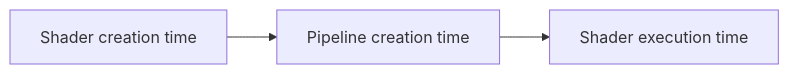
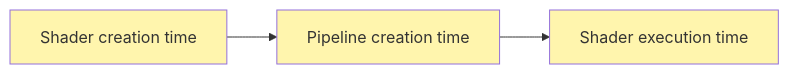
Before and after one commit to google/tour-of-wgsl: the first of 2 diagrams in content/expressions/evaluation-stage/overview/_index.md, drawn with Mermaid. The commit also changed other lines of this file, not shown here.

````diff
--- a/content/expressions/evaluation-stage/overview/_index.md
+++ b/content/expressions/evaluation-stage/overview/_index.md
@@ -7,7 +7,10 @@
 ```mermaid
 flowchart LR
    sc[Shader creation time]
    pc[Pipeline creation time]
    rt[Shader execution time]
+   style sc fill:#fff5ad
+   style pc fill:#fff5ad
+   style rt fill:#fff5ad
    sc --> pc --> rt
 ```
````
